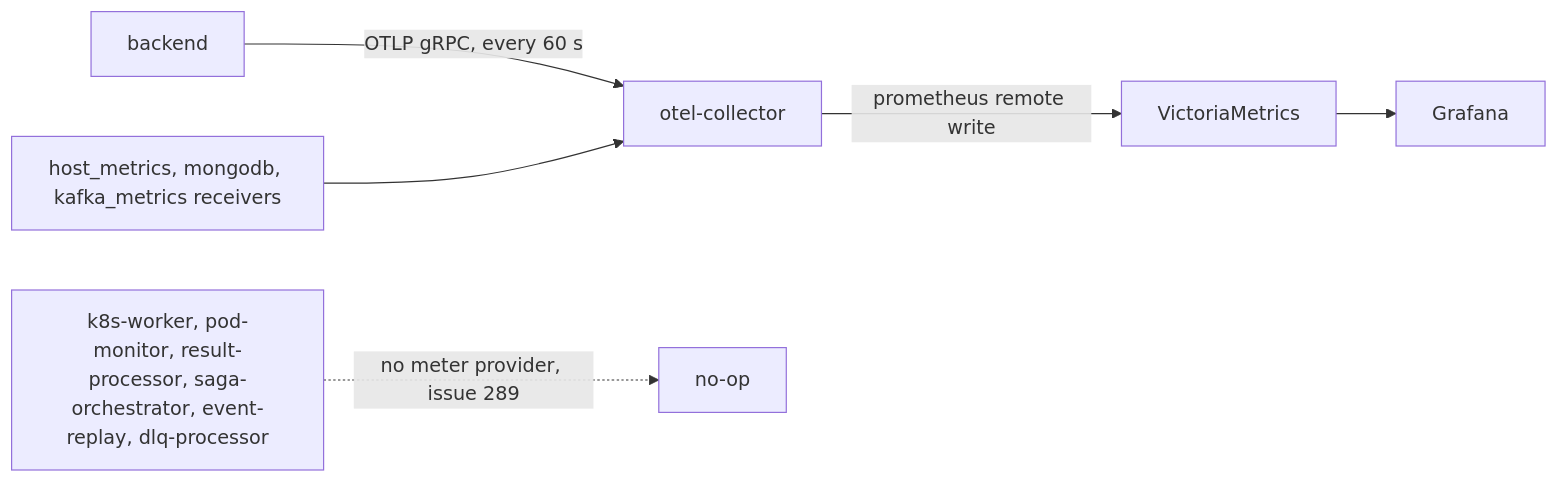
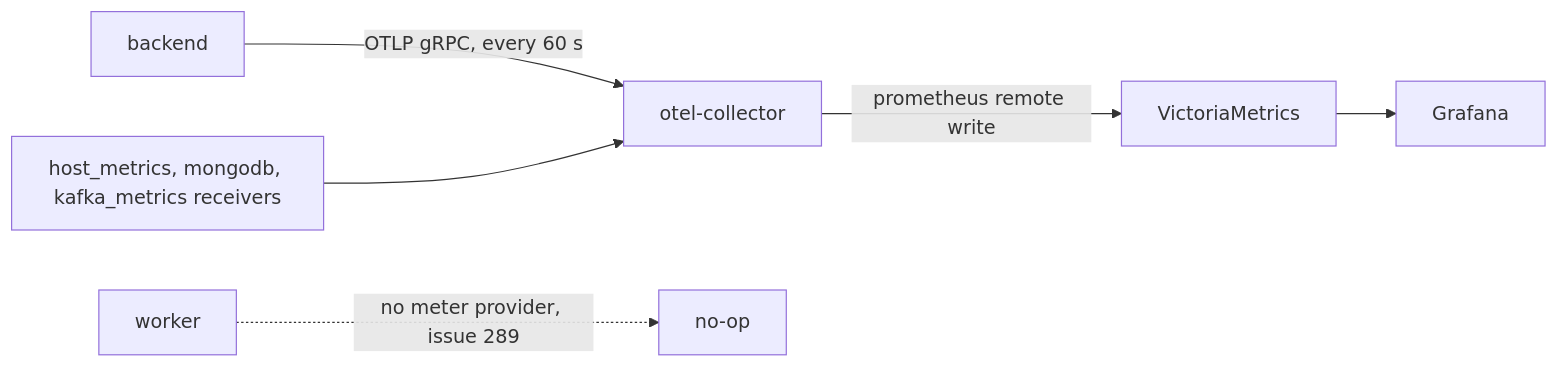
One commit to HardMax71/Integr8sCode changed the diagram in docs/operations/metrics-reference.md. Above: the diagram before and after it, drawn with Mermaid. The commit also changed other lines of this file and 51 other files, not shown here.

First line of the commit message:
refactor: one worker process runs the consumers, the pod watch and the scheduled jobs (#374)

````diff
--- a/docs/operations/metrics-reference.md
+++ b/docs/operations/metrics-reference.md
@@ -7,8 +7,8 @@
 ```mermaid
 flowchart LR
     API["backend"] -->|"OTLP gRPC, every 60 s"| Collector["otel-collector"]
     Receivers["host_metrics, mongodb, kafka_metrics receivers"] --> Collector
     Collector -->|"prometheus remote write"| VM["VictoriaMetrics"]
     VM --> Grafana
-    Workers["k8s-worker, pod-monitor, result-processor, saga-orchestrator, event-replay, dlq-processor"] -.->|"no meter provider, issue 289"| Dropped["no-op"]
+    Worker["worker"] -.->|"no meter provider, issue 289"| Dropped["no-op"]
 ```
````
